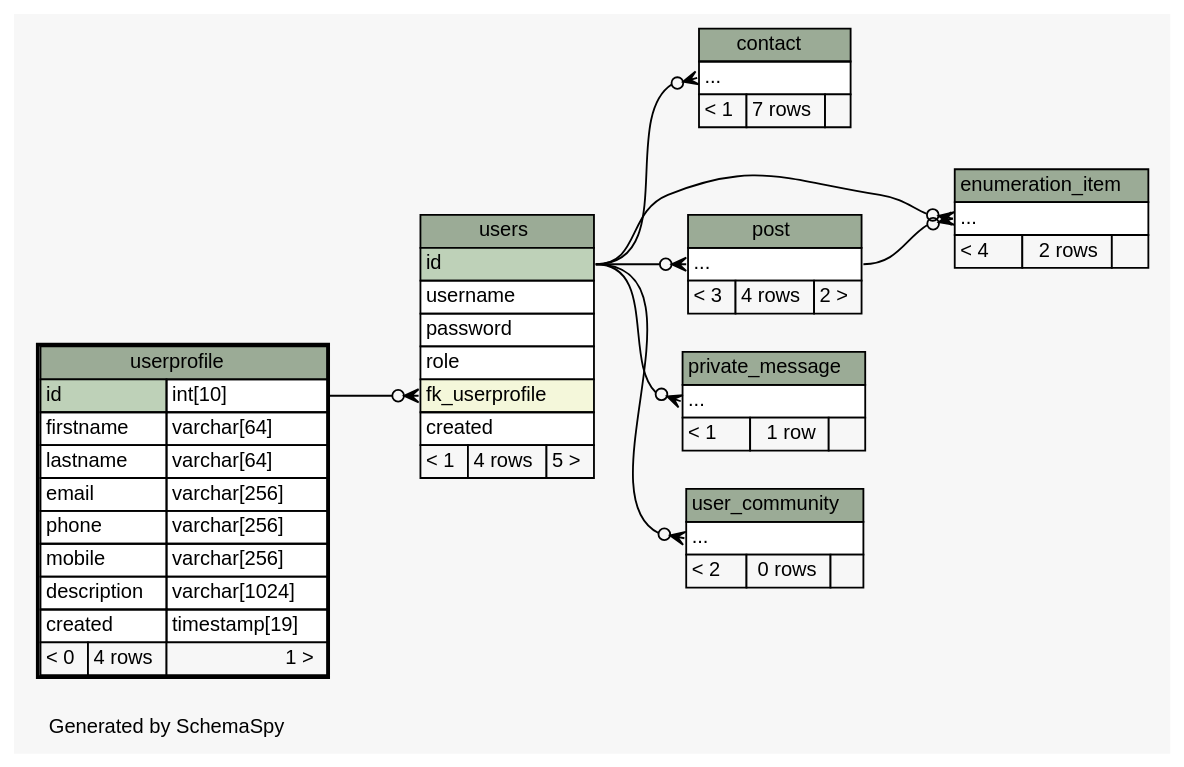
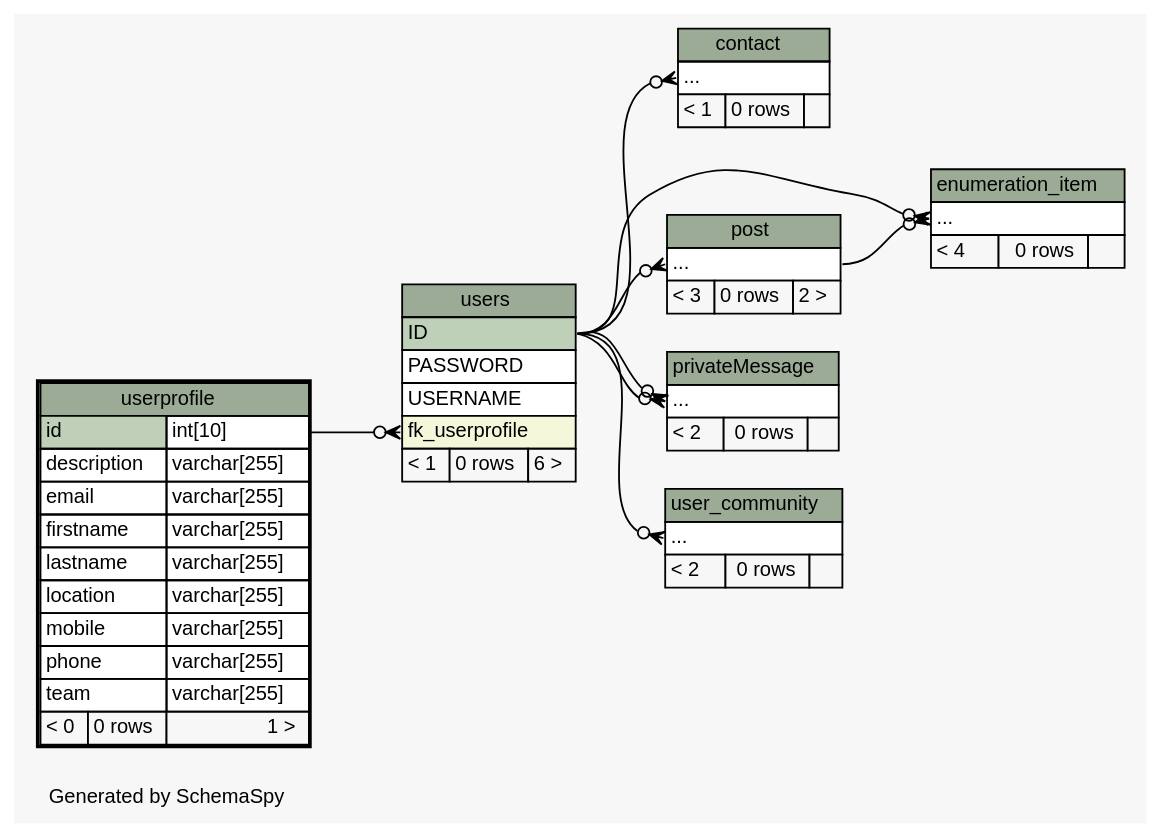
The diagram in doc/db_schema/diagrams/userprofile.2degrees.dot (chr-krenn/chr-krenn-fhj-ws2017-sd17-pse), drawn with Graphviz before and after one commit. The commit also changed 60 other files, not shown here.

```diff
--- a/doc/db_schema/diagrams/userprofile.2degrees.dot
+++ b/doc/db_schema/diagrams/userprofile.2degrees.dot
@@ -1,111 +1,111 @@
 // dot 2.40.1 on Linux 4.12.5-300.fc26.x86_64
 // SchemaSpy rev 590
 digraph "twoDegreesRelationshipsDiagram" {
   graph [
     rankdir="RL"
     bgcolor="#f7f7f7"
     label="\nGenerated by SchemaSpy"
     labeljust="l"
     nodesep="0.18"
     ranksep="0.46"
     fontname="Helvetica"
     fontsize="11"
   ];
   node [
     fontname="Helvetica"
     fontsize="11"
     shape="plaintext"
   ];
   edge [
     arrowsize="0.8"
   ];
-  "contact":"elipses":w -> "users":"id":e [arrowhead=none dir=back arrowtail=crowodot];
+  "contact":"elipses":w -> "users":"ID":e [arrowhead=none dir=back arrowtail=crowodot];
   "enumeration_item":"elipses":w -> "post":"elipses":e [arrowhead=none dir=back arrowtail=crowodot];
-  "enumeration_item":"elipses":w -> "users":"id":e [arrowhead=none dir=back arrowtail=crowodot];
-  "post":"elipses":w -> "users":"id":e [arrowhead=none dir=back arrowtail=crowodot];
-  "private_message":"elipses":w -> "users":"id":e [arrowhead=none dir=back arrowtail=crowodot];
-  "user_community":"elipses":w -> "users":"id":e [arrowhead=none dir=back arrowtail=crowodot];
+  "enumeration_item":"elipses":w -> "users":"ID":e [arrowhead=none dir=back arrowtail=crowodot];
+  "post":"elipses":w -> "users":"ID":e [arrowhead=none dir=back arrowtail=crowodot];
+  "privateMessage":"elipses":w -> "users":"ID":e [arrowhead=none dir=back arrowtail=crowodot];
+  "privateMessage":"elipses":w -> "users":"ID":e [arrowhead=none dir=back arrowtail=crowodot];
+  "user_community":"elipses":w -> "users":"ID":e [arrowhead=none dir=back arrowtail=crowodot];
   "users":"fk_userprofile":w -> "userprofile":"id.type":e [arrowhead=none dir=back arrowtail=crowodot];
   "contact" [
     label=<
     <TABLE BORDER="0" CELLBORDER="1" CELLSPACING="0" BGCOLOR="#ffffff">
       <TR><TD COLSPAN="3" BGCOLOR="#9bab96" ALIGN="CENTER">contact</TD></TR>
       <TR><TD PORT="elipses" COLSPAN="3" ALIGN="LEFT">...</TD></TR>
-      <TR><TD ALIGN="LEFT" BGCOLOR="#f7f7f7">&lt; 1</TD><TD ALIGN="RIGHT" BGCOLOR="#f7f7f7">7 rows</TD><TD ALIGN="RIGHT" BGCOLOR="#f7f7f7">  </TD></TR>
+      <TR><TD ALIGN="LEFT" BGCOLOR="#f7f7f7">&lt; 1</TD><TD ALIGN="RIGHT" BGCOLOR="#f7f7f7">0 rows</TD><TD ALIGN="RIGHT" BGCOLOR="#f7f7f7">  </TD></TR>
     </TABLE>>
     URL="contact.html"
     tooltip="contact"
   ];
   "enumeration_item" [
     label=<
     <TABLE BORDER="0" CELLBORDER="1" CELLSPACING="0" BGCOLOR="#ffffff">
       <TR><TD COLSPAN="3" BGCOLOR="#9bab96" ALIGN="CENTER">enumeration_item</TD></TR>
       <TR><TD PORT="elipses" COLSPAN="3" ALIGN="LEFT">...</TD></TR>
-      <TR><TD ALIGN="LEFT" BGCOLOR="#f7f7f7">&lt; 4</TD><TD ALIGN="RIGHT" BGCOLOR="#f7f7f7">2 rows</TD><TD ALIGN="RIGHT" BGCOLOR="#f7f7f7">  </TD></TR>
+      <TR><TD ALIGN="LEFT" BGCOLOR="#f7f7f7">&lt; 4</TD><TD ALIGN="RIGHT" BGCOLOR="#f7f7f7">0 rows</TD><TD ALIGN="RIGHT" BGCOLOR="#f7f7f7">  </TD></TR>
     </TABLE>>
     URL="enumeration_item.html"
     tooltip="enumeration_item"
   ];
   "post" [
     label=<
     <TABLE BORDER="0" CELLBORDER="1" CELLSPACING="0" BGCOLOR="#ffffff">
       <TR><TD COLSPAN="3" BGCOLOR="#9bab96" ALIGN="CENTER">post</TD></TR>
       <TR><TD PORT="elipses" COLSPAN="3" ALIGN="LEFT">...</TD></TR>
-      <TR><TD ALIGN="LEFT" BGCOLOR="#f7f7f7">&lt; 3</TD><TD ALIGN="RIGHT" BGCOLOR="#f7f7f7">4 rows</TD><TD ALIGN="RIGHT" BGCOLOR="#f7f7f7">2 &gt;</TD></TR>
+      <TR><TD ALIGN="LEFT" BGCOLOR="#f7f7f7">&lt; 3</TD><TD ALIGN="RIGHT" BGCOLOR="#f7f7f7">0 rows</TD><TD ALIGN="RIGHT" BGCOLOR="#f7f7f7">2 &gt;</TD></TR>
     </TABLE>>
     URL="post.html"
     tooltip="post"
   ];
-  "private_message" [
+  "privateMessage" [
     label=<
     <TABLE BORDER="0" CELLBORDER="1" CELLSPACING="0" BGCOLOR="#ffffff">
-      <TR><TD COLSPAN="3" BGCOLOR="#9bab96" ALIGN="CENTER">private_message</TD></TR>
+      <TR><TD COLSPAN="3" BGCOLOR="#9bab96" ALIGN="CENTER">privateMessage</TD></TR>
       <TR><TD PORT="elipses" COLSPAN="3" ALIGN="LEFT">...</TD></TR>
-      <TR><TD ALIGN="LEFT" BGCOLOR="#f7f7f7">&lt; 1</TD><TD ALIGN="RIGHT" BGCOLOR="#f7f7f7">1 row</TD><TD ALIGN="RIGHT" BGCOLOR="#f7f7f7">  </TD></TR>
+      <TR><TD ALIGN="LEFT" BGCOLOR="#f7f7f7">&lt; 2</TD><TD ALIGN="RIGHT" BGCOLOR="#f7f7f7">0 rows</TD><TD ALIGN="RIGHT" BGCOLOR="#f7f7f7">  </TD></TR>
     </TABLE>>
-    URL="private_message.html"
-    tooltip="private_message"
+    URL="privateMessage.html"
+    tooltip="privateMessage"
   ];
   "user_community" [
     label=<
     <TABLE BORDER="0" CELLBORDER="1" CELLSPACING="0" BGCOLOR="#ffffff">
       <TR><TD COLSPAN="3" BGCOLOR="#9bab96" ALIGN="CENTER">user_community</TD></TR>
       <TR><TD PORT="elipses" COLSPAN="3" ALIGN="LEFT">...</TD></TR>
       <TR><TD ALIGN="LEFT" BGCOLOR="#f7f7f7">&lt; 2</TD><TD ALIGN="RIGHT" BGCOLOR="#f7f7f7">0 rows</TD><TD ALIGN="RIGHT" BGCOLOR="#f7f7f7">  </TD></TR>
     </TABLE>>
     URL="user_community.html"
     tooltip="user_community"
   ];
   "userprofile" [
     label=<
     <TABLE BORDER="2" CELLBORDER="1" CELLSPACING="0" BGCOLOR="#ffffff">
       <TR><TD COLSPAN="3" BGCOLOR="#9bab96" ALIGN="CENTER">userprofile</TD></TR>
       <TR><TD PORT="id" COLSPAN="2" BGCOLOR="#bed1b8" ALIGN="LEFT">id</TD><TD PORT="id.type" ALIGN="LEFT">int[10]</TD></TR>
-      <TR><TD PORT="firstname" COLSPAN="2" ALIGN="LEFT">firstname</TD><TD PORT="firstname.type" ALIGN="LEFT">varchar[64]</TD></TR>
-      <TR><TD PORT="lastname" COLSPAN="2" ALIGN="LEFT">lastname</TD><TD PORT="lastname.type" ALIGN="LEFT">varchar[64]</TD></TR>
-      <TR><TD PORT="email" COLSPAN="2" ALIGN="LEFT">email</TD><TD PORT="email.type" ALIGN="LEFT">varchar[256]</TD></TR>
-      <TR><TD PORT="phone" COLSPAN="2" ALIGN="LEFT">phone</TD><TD PORT="phone.type" ALIGN="LEFT">varchar[256]</TD></TR>
-      <TR><TD PORT="mobile" COLSPAN="2" ALIGN="LEFT">mobile</TD><TD PORT="mobile.type" ALIGN="LEFT">varchar[256]</TD></TR>
-      <TR><TD PORT="description" COLSPAN="2" ALIGN="LEFT">description</TD><TD PORT="description.type" ALIGN="LEFT">varchar[1024]</TD></TR>
-      <TR><TD PORT="created" COLSPAN="2" ALIGN="LEFT">created</TD><TD PORT="created.type" ALIGN="LEFT">timestamp[19]</TD></TR>
-      <TR><TD ALIGN="LEFT" BGCOLOR="#f7f7f7">&lt; 0</TD><TD ALIGN="RIGHT" BGCOLOR="#f7f7f7">4 rows</TD><TD ALIGN="RIGHT" BGCOLOR="#f7f7f7">1 &gt;</TD></TR>
+      <TR><TD PORT="description" COLSPAN="2" ALIGN="LEFT">description</TD><TD PORT="description.type" ALIGN="LEFT">varchar[255]</TD></TR>
+      <TR><TD PORT="email" COLSPAN="2" ALIGN="LEFT">email</TD><TD PORT="email.type" ALIGN="LEFT">varchar[255]</TD></TR>
+      <TR><TD PORT="firstname" COLSPAN="2" ALIGN="LEFT">firstname</TD><TD PORT="firstname.type" ALIGN="LEFT">varchar[255]</TD></TR>
+      <TR><TD PORT="lastname" COLSPAN="2" ALIGN="LEFT">lastname</TD><TD PORT="lastname.type" ALIGN="LEFT">varchar[255]</TD></TR>
+      <TR><TD PORT="location" COLSPAN="2" ALIGN="LEFT">location</TD><TD PORT="location.type" ALIGN="LEFT">varchar[255]</TD></TR>
+      <TR><TD PORT="mobile" COLSPAN="2" ALIGN="LEFT">mobile</TD><TD PORT="mobile.type" ALIGN="LEFT">varchar[255]</TD></TR>
+      <TR><TD PORT="phone" COLSPAN="2" ALIGN="LEFT">phone</TD><TD PORT="phone.type" ALIGN="LEFT">varchar[255]</TD></TR>
+      <TR><TD PORT="team" COLSPAN="2" ALIGN="LEFT">team</TD><TD PORT="team.type" ALIGN="LEFT">varchar[255]</TD></TR>
+      <TR><TD ALIGN="LEFT" BGCOLOR="#f7f7f7">&lt; 0</TD><TD ALIGN="RIGHT" BGCOLOR="#f7f7f7">0 rows</TD><TD ALIGN="RIGHT" BGCOLOR="#f7f7f7">1 &gt;</TD></TR>
     </TABLE>>
     URL="userprofile.html"
     tooltip="userprofile"
   ];
   "users" [
     label=<
     <TABLE BORDER="0" CELLBORDER="1" CELLSPACING="0" BGCOLOR="#ffffff">
       <TR><TD COLSPAN="3" BGCOLOR="#9bab96" ALIGN="CENTER">users</TD></TR>
-      <TR><TD PORT="id" COLSPAN="3" BGCOLOR="#bed1b8" ALIGN="LEFT">id</TD></TR>
-      <TR><TD PORT="username" COLSPAN="3" ALIGN="LEFT">username</TD></TR>
-      <TR><TD PORT="password" COLSPAN="3" ALIGN="LEFT">password</TD></TR>
-      <TR><TD PORT="role" COLSPAN="3" ALIGN="LEFT">role</TD></TR>
+      <TR><TD PORT="ID" COLSPAN="3" BGCOLOR="#bed1b8" ALIGN="LEFT">ID</TD></TR>
+      <TR><TD PORT="PASSWORD" COLSPAN="3" ALIGN="LEFT">PASSWORD</TD></TR>
+      <TR><TD PORT="USERNAME" COLSPAN="3" ALIGN="LEFT">USERNAME</TD></TR>
       <TR><TD PORT="fk_userprofile" COLSPAN="3" BGCOLOR="#f4f7da" ALIGN="LEFT">fk_userprofile</TD></TR>
-      <TR><TD PORT="created" COLSPAN="3" ALIGN="LEFT">created</TD></TR>
-      <TR><TD ALIGN="LEFT" BGCOLOR="#f7f7f7">&lt; 1</TD><TD ALIGN="RIGHT" BGCOLOR="#f7f7f7">4 rows</TD><TD ALIGN="RIGHT" BGCOLOR="#f7f7f7">5 &gt;</TD></TR>
+      <TR><TD ALIGN="LEFT" BGCOLOR="#f7f7f7">&lt; 1</TD><TD ALIGN="RIGHT" BGCOLOR="#f7f7f7">0 rows</TD><TD ALIGN="RIGHT" BGCOLOR="#f7f7f7">6 &gt;</TD></TR>
     </TABLE>>
     URL="users.html"
     tooltip="users"
   ];
 }
```
